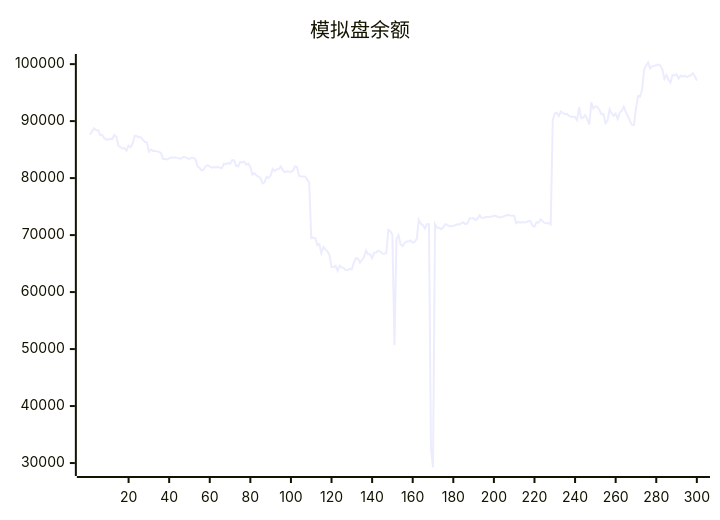
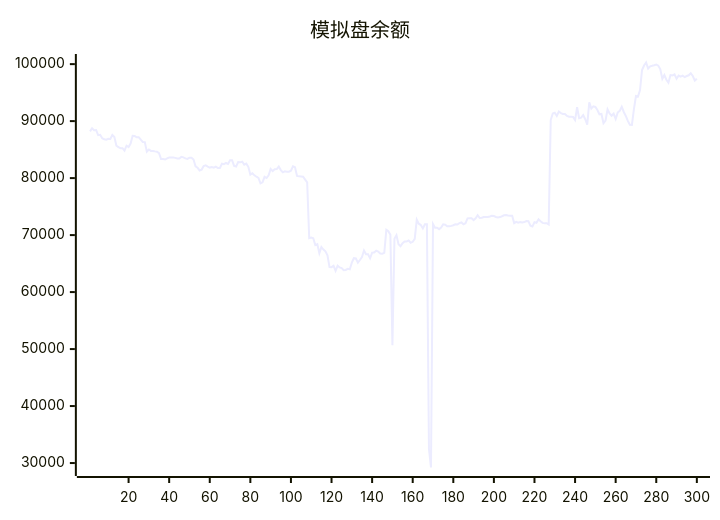
One commit to aahl/ai-trading changed the diagram in README.md. Above: the diagram before and after it, drawn with Mermaid. The commit also changed other lines of this file and 1 other file, not shown here.

````diff
--- a/README.md
+++ b/README.md
@@ -5,5 +5,5 @@
 ```mermaid
 xychart
     title "模拟盘余额"
-    line [87608,88207,88755,88401,88444,87543,87608,87000,86810,86740,86894,86884,87576,87209,85686,85435,85251,85255,84820,85689,85453,86066,87420,87373,87161,87178,86740,86341,86315,84643,85012,84772,84768,84690,84635,84376,83360,83357,83259,83474,83608,83606,83602,83548,83440,83454,83724,83644,83464,83365,83590,83592,83275,82072,81806,81344,81492,82109,82254,82006,81848,81955,81829,82022,81769,81776,82522,82441,82656,82498,83144,83144,82150,82038,82797,82763,82872,82367,82536,81981,80612,80862,80484,80242,80034,79063,79245,80226,80016,80507,81625,81233,81544,81578,82016,81401,81019,81186,81130,81118,81306,82066,81909,80392,80304,80291,80258,79729,79261,69466,69579,69456,68251,68415,66832,67911,67462,67144,66432,64380,64375,64606,63740,64647,64324,64216,63842,63877,64078,64008,65156,65945,65888,65157,65625,66144,67284,66653,66639,65924,66925,66956,67263,67108,66766,66729,66886,70927,70673,70049,50652,69334,69973,68400,68061,68578,68876,68879,69055,68662,68822,69329,72687,71999,71760,71162,71911,71896,32500,29218,71927,71297,71305,71044,71337,71883,71822,71536,71536,71622,71723,71880,71860,72100,72216,71887,72077,72940,72976,72966,72638,72948,73497,73004,73041,73173,73160,73186,73258,73375,73351,73173,73098,73161,73305,73474,73536,73457,73413,73412,72100,72333,72164,72272,72204,72285,72461,72421,71652,71521,72267,72157,72774,72424,72144,72060,72091,71858,90185,91338,91466,90900,91678,91404,91268,91244,90903,90779,90787,90721,90187,92429,90518,90619,91070,90328,89376,93286,92202,92581,92485,91947,91196,91259,89619,90086,92063,91355,90950,91327,90373,91498,91800,92531,91603,90910,90031,89351,89334,92097,94406,94315,95455,98972,99763,100286,99229,99622,99701,99805,99938,99738,99082,97430,98094,97267,96741,98081,98013,98194,97447,97983,97789,97969,97729,97911,98043,98405,97912,97120]
+    line [88207,88755,88401,88444,87543,87608,87000,86810,86740,86894,86884,87576,87209,85686,85435,85251,85255,84820,85689,85453,86066,87420,87373,87161,87178,86740,86341,86315,84643,85012,84772,84768,84690,84635,84376,83360,83357,83259,83474,83608,83606,83602,83548,83440,83454,83724,83644,83464,83365,83590,83592,83275,82072,81806,81344,81492,82109,82254,82006,81848,81955,81829,82022,81769,81776,82522,82441,82656,82498,83144,83144,82150,82038,82797,82763,82872,82367,82536,81981,80612,80862,80484,80242,80034,79063,79245,80226,80016,80507,81625,81233,81544,81578,82016,81401,81019,81186,81130,81118,81306,82066,81909,80392,80304,80291,80258,79729,79261,69466,69579,69456,68251,68415,66832,67911,67462,67144,66432,64380,64375,64606,63740,64647,64324,64216,63842,63877,64078,64008,65156,65945,65888,65157,65625,66144,67284,66653,66639,65924,66925,66956,67263,67108,66766,66729,66886,70927,70673,70049,50652,69334,69973,68400,68061,68578,68876,68879,69055,68662,68822,69329,72687,71999,71760,71162,71911,71896,32500,29218,71927,71297,71305,71044,71337,71883,71822,71536,71536,71622,71723,71880,71860,72100,72216,71887,72077,72940,72976,72966,72638,72948,73497,73004,73041,73173,73160,73186,73258,73375,73351,73173,73098,73161,73305,73474,73536,73457,73413,73412,72100,72333,72164,72272,72204,72285,72461,72421,71652,71521,72267,72157,72774,72424,72144,72060,72091,71858,90185,91338,91466,90900,91678,91404,91268,91244,90903,90779,90787,90721,90187,92429,90518,90619,91070,90328,89376,93286,92202,92581,92485,91947,91196,91259,89619,90086,92063,91355,90950,91327,90373,91498,91800,92531,91603,90910,90031,89351,89334,92097,94406,94315,95455,98972,99763,100286,99229,99622,99701,99805,99938,99738,99082,97430,98094,97267,96741,98081,98013,98194,97447,97983,97789,97969,97729,97911,98043,98405,97912,97120,97448]
 ```
````
